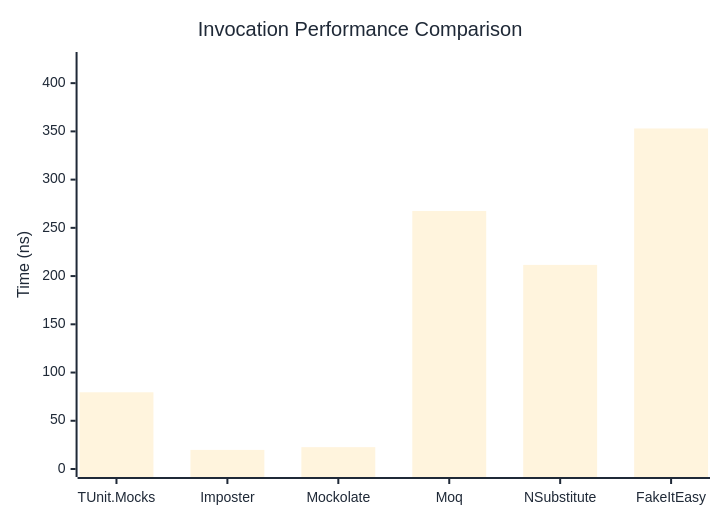
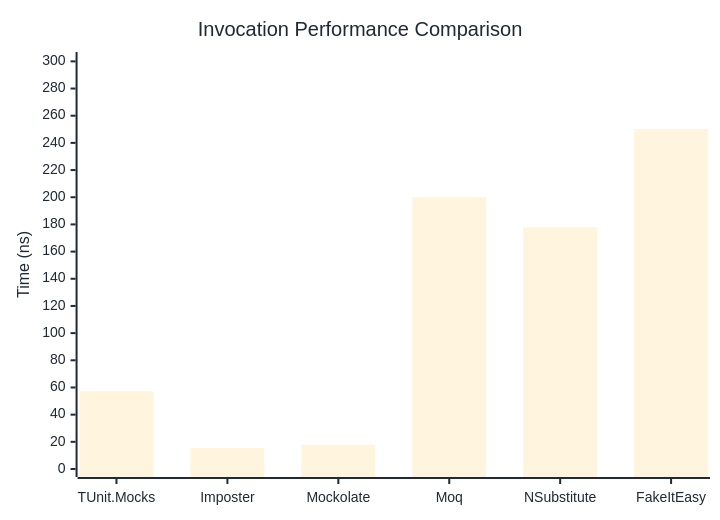
One commit to thomhurst/TUnit changed the second of 3 diagrams in docs/docs/benchmarks/mocks/Invocation.md. Above: the diagram before and after it, drawn with Mermaid. The commit also changed other lines of this file and 14 other files, not shown here.

````diff
--- a/docs/docs/benchmarks/mocks/Invocation.md
+++ b/docs/docs/benchmarks/mocks/Invocation.md
@@ -71,27 +71,27 @@
 ```mermaid
 %%{init: {
   'theme':'base',
   'themeVariables': {
     'primaryColor': '#2563eb',
     'primaryTextColor': '#1f2937',
     'primaryBorderColor': '#1e40af',
     'lineColor': '#6b7280',
     'secondaryColor': '#7c3aed',
     'tertiaryColor': '#dc2626',
     'background': '#ffffff',
     'pie1': '#2563eb',
     'pie2': '#7c3aed',
     'pie3': '#dc2626',
     'pie4': '#f59e0b',
     'pie5': '#10b981',
     'pie6': '#06b6d4',
     'pie7': '#ec4899',
     'pie8': '#6366f1'
   }
 }}%%
 xychart-beta
   title "Invocation Performance Comparison"
   x-axis ["TUnit.Mocks", "Imposter", "Mockolate", "Moq", "NSubstitute", "FakeItEasy"]
-  y-axis "Time (ns)" 0 --> 424
-  bar [79.53, 19.81, 22.65, 267.49, 211.58, 353.01]
+  y-axis "Time (ns)" 0 --> 301
+  bar [57.23, 15.47, 17.81, 200.1, 177.77, 250.24]
 ```
````
